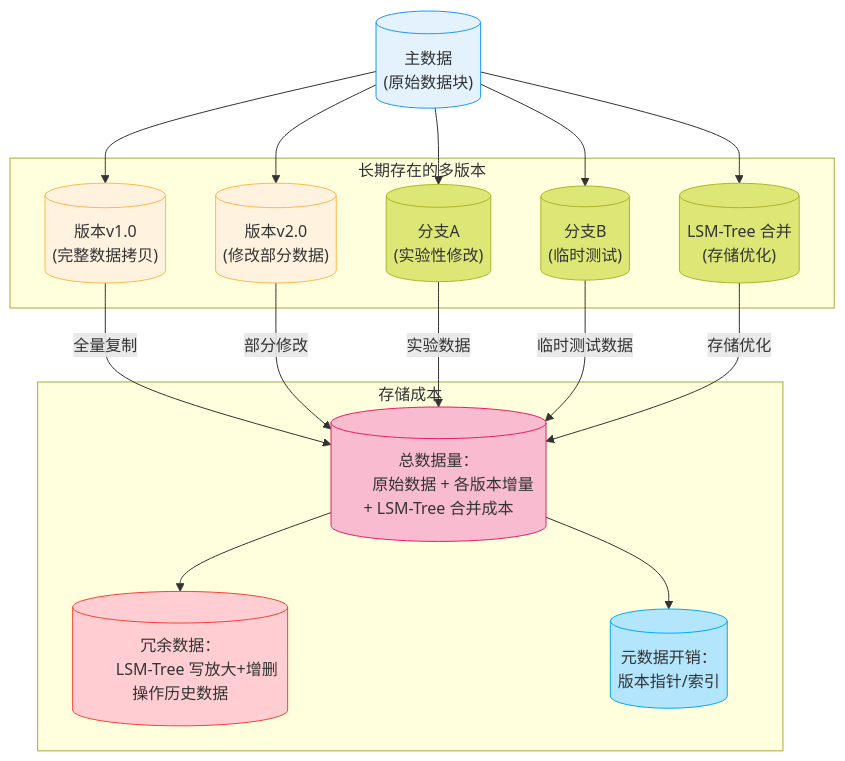
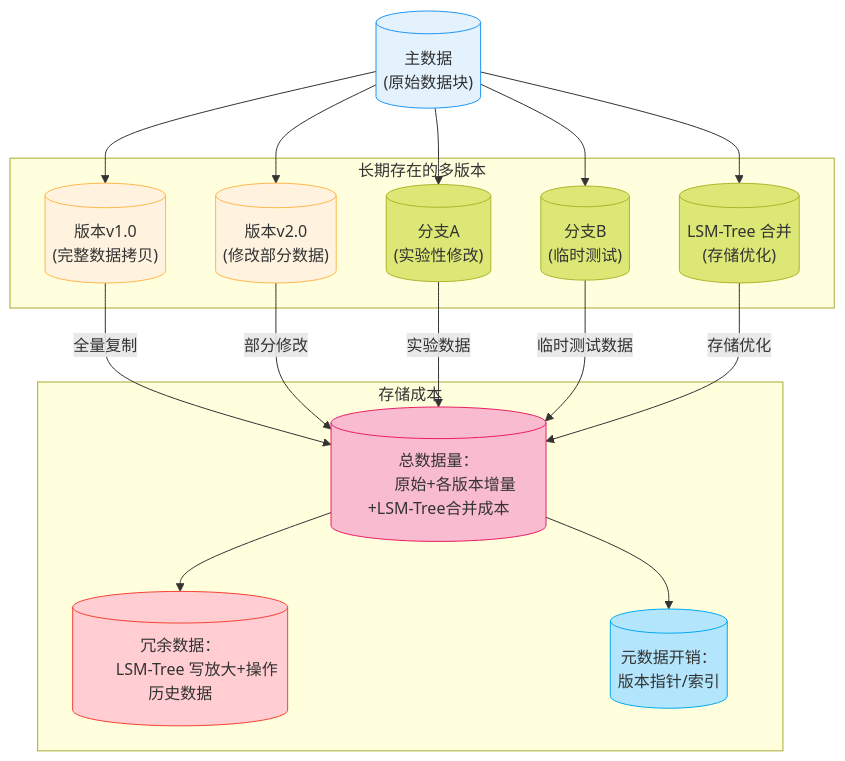
Diagram 11 of 11 in data_branching.md (XuPeng-SH/tae_design), drawn with Mermaid before and after one commit. The commit also changed other lines of this file, not shown here.

````diff
--- a/data_branching.md
+++ b/data_branching.md
@@ -450,48 +450,48 @@
 ```mermaid
 graph TD
     %% ========== 初始数据 ==========
     A[("主数据
     (原始数据块)")]:::data
 
     %% ========== 版本分支 ==========
     subgraph "长期存在的多版本"
         B[("版本v1.0
         (完整数据拷贝)")]:::version
         C[("版本v2.0
         (修改部分数据)")]:::version
         D[("分支A
         (实验性修改)")]:::branch
         E[("分支B
         (临时测试)")]:::branch
         E2[("LSM-Tree 合并
         (存储优化)")]:::branch
     end
 
     %% ========== 存储影响 ==========
     subgraph "存储成本"
         F[("总数据量：
-        原始数据 + 各版本增量 + LSM-Tree 合并成本")]:::storage
+        原始+各版本增量+LSM-Tree合并成本")]:::storage
         G[("冗余数据：
-        LSM-Tree 写放大+增删操作历史数据")]:::waste
+        LSM-Tree 写放大+操作历史数据")]:::waste
         H[("元数据开销：
         版本指针/索引")]:::metadata
     end
 
     %% ========== 连接关系 ==========
     A --> B & C & D & E & E2
     B -->|全量复制| F
     C -->|部分修改| F
     D -->|实验数据| F
     E -->|临时测试数据| F
     E2 -->|存储优化| F
     F --> G
     F --> H
 
     %% ========== 样式定义 ==========
     classDef data fill:#e3f2fd,stroke:#2196f3;
     classDef version fill:#fff3e0,stroke:#ffb74d;
     classDef branch fill:#dce775,stroke:#afb42b;
     classDef storage fill:#f8bbd0,stroke:#e91e63;
     classDef waste fill:#ffcdd2,stroke:#f44336;
     classDef metadata fill:#b3e5fc,stroke:#03a9f4;
 ```
````
